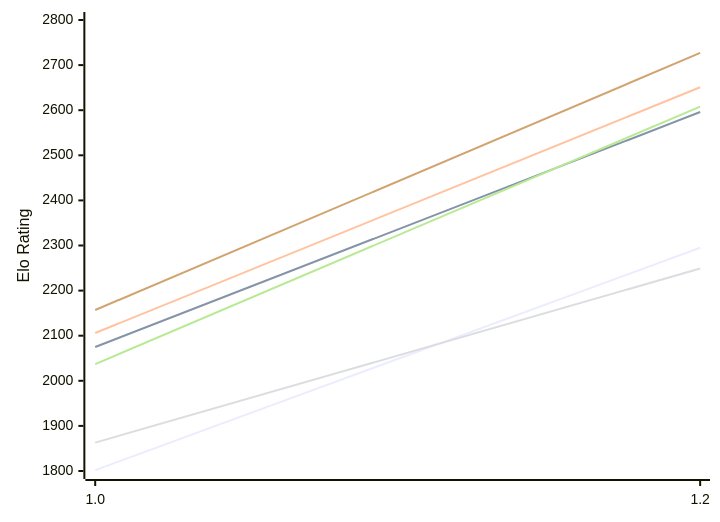
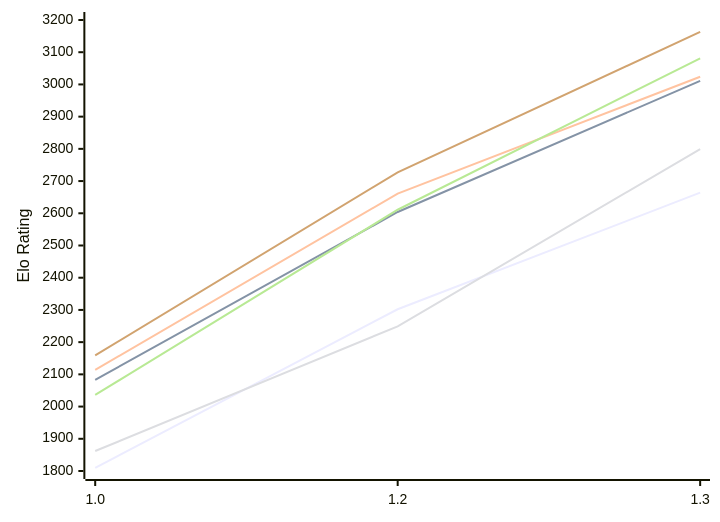
Before and after one commit to computer-chess-index/cci: the first of 2 diagrams in engines/Echekinator.md, drawn with Mermaid. The commit also changed other lines of this file, not shown here.

Commit message:
Update CCI Ratings (ELO VLTC) - 2026-11-07

````diff
--- a/engines/Echekinator.md
+++ b/engines/Echekinator.md
@@ -50,12 +52,12 @@
 ```mermaid
 %%{init: {"theme":"base","themeVariables":{"seriesColors:['#a3a3a3','#222221','#faa371']}}}%%
 xychart-beta
-  x-axis ["1.0", "1.2"]
-  y-axis "Elo Rating" 1800 --> 2800
-  line "E1: STC (8.0+0.08s)" [1802, 2295]
-  line "E1: LTC (60.0+0.60s)" [2075, 2596]
-  line "E1: VLTC (2m24s+1.12s)" [2106, 2651]
-  line "P1: STC (8.0+0.08s)" [1863, 2249]
-  line "P1: LTC (60.0+0.60s)" [2037, 2608]
-  line "P1: VLTC (2m24s+1.12s)" [2157, 2727]
+  x-axis ["1.0", "1.2", "1.3"]
+  y-axis "Elo Rating" 1800 --> 3200
+  line "E1: STC (8.0+0.08s)" [1810, 2302, 2664]
+  line "E1: LTC (60.0+0.60s)" [2083, 2604, 3011]
+  line "E1: VLTC (2m24s+1.12s)" [2114, 2661, 3024]
+  line "P1: STC (8.0+0.08s)" [1862, 2249, 2799]
+  line "P1: LTC (60.0+0.60s)" [2036, 2611, 3081]
+  line "P1: VLTC (2m24s+1.12s)" [2159, 2727, 3163]
 ```
````
